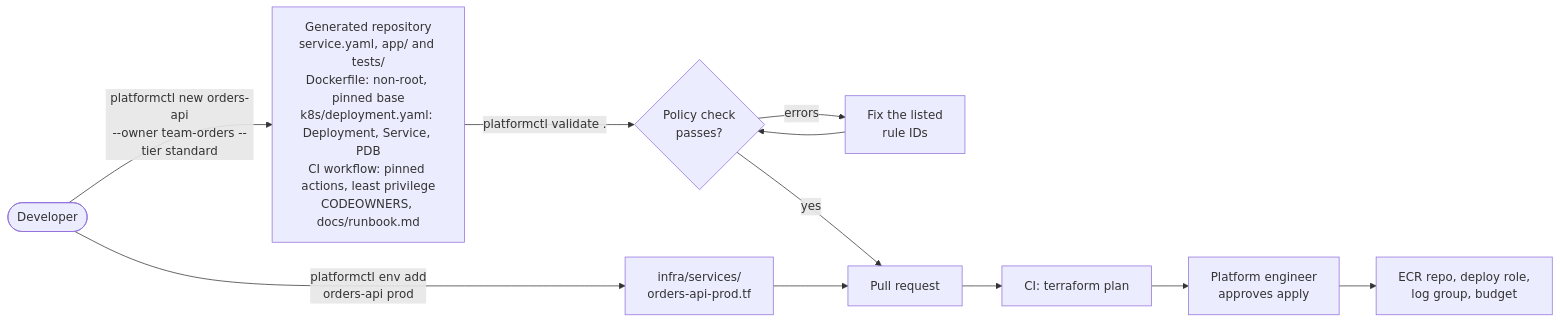
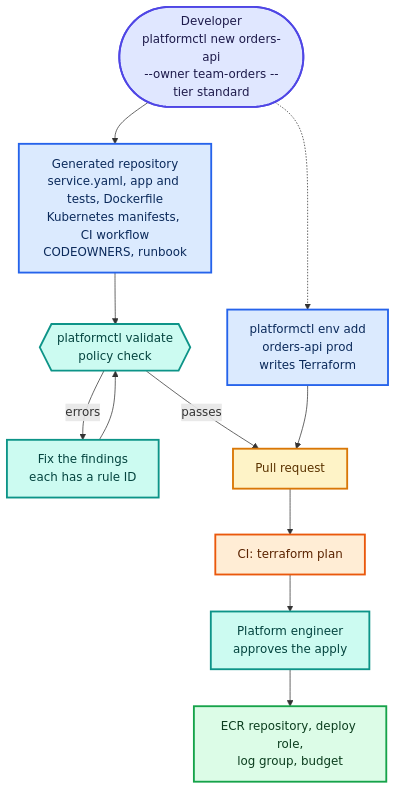
The first of 5 diagrams in projects/self-service-platform/docs/schematics/README.md (Joxejaime/Projects-2026), drawn with Mermaid before and after one commit. The commit also changed other lines of this file and 62 other files, not shown here.

First line of the commit message:
Colour the schematics and add LinkedIn cards and carousels

````diff
--- a/projects/self-service-platform/docs/schematics/README.md
+++ b/projects/self-service-platform/docs/schematics/README.md
@@ -10,13 +10,35 @@
 ```mermaid
 %% title: The golden path
+%% headline: One command to a compliant service
+%% takeaway: platformctl generates the repo, a policy check gates it, Terraform provisions the environment.
+%% legend: entry=Developer,app=Generated files,guard=Policy and review,data=Pull request,cloud=Terraform,ok=Provisioned
 %% caption: From a developer's request to a running, compliant service. Generating and validating a repository are implemented and tested here. The pull request, terraform plan, approval and apply half is the intended workflow, generated as files but not exercised end to end.
-flowchart LR
-    dev(["Developer"]) -->|"platformctl new orders-api<br/>--owner team-orders --tier standard"| gen["Generated repository<br/>service.yaml, app/ and tests/<br/>Dockerfile: non-root, pinned base<br/>k8s/deployment.yaml: Deployment, Service, PDB<br/>CI workflow: pinned actions, least privilege<br/>CODEOWNERS, docs/runbook.md"]
-    gen -->|"platformctl validate ."| pol{"Policy check<br/>passes?"}
-    pol -- "errors" --> fix["Fix the listed<br/>rule IDs"]
-    fix --> pol
-    pol -- yes --> pr["Pull request"]
-    dev -->|"platformctl env add<br/>orders-api prod"| tfenv["infra/services/<br/>orders-api-prod.tf"]
-    tfenv --> pr
-    pr --> plan["CI: terraform plan"] --> approve["Platform engineer<br/>approves apply"] --> live["ECR repo, deploy role,<br/>log group, budget"]
+flowchart TB
+    dev(["Developer<br/>platformctl new orders-api<br/>--owner team-orders --tier standard"])
+    gen["Generated repository<br/>service.yaml, app and tests, Dockerfile<br/>Kubernetes manifests, CI workflow<br/>CODEOWNERS, runbook"]
+    pol{{"platformctl validate<br/>policy check"}}
+    fix["Fix the findings<br/>each has a rule ID"]
+    tfenv["platformctl env add<br/>orders-api prod<br/>writes Terraform"]
+    pr["Pull request"]
+    plan["CI: terraform plan"]
+    approve["Platform engineer<br/>approves the apply"]
+    live["ECR repository, deploy role,<br/>log group, budget"]
+    dev --> gen --> pol
+    pol -- errors --> fix --> pol
+    pol -- passes --> pr
+    dev -.-> tfenv --> pr
+    pr --> plan --> approve --> live
+
+    classDef entry fill:#E0E7FF,stroke:#4F46E5,stroke-width:2.5px,color:#1E1B4B
+    classDef app fill:#DBEAFE,stroke:#2563EB,stroke-width:2.5px,color:#0B2A5B
+    classDef guard fill:#CCFBF1,stroke:#0D9488,stroke-width:2.5px,color:#04443F
+    classDef data fill:#FEF3C7,stroke:#D97706,stroke-width:2.5px,color:#5B3300
+    classDef ok fill:#DCFCE7,stroke:#16A34A,stroke-width:2.5px,color:#0B3D1E
+    classDef cloud fill:#FFEDD5,stroke:#EA580C,stroke-width:2.5px,color:#5A2300
+    class dev entry
+    class gen,tfenv app
+    class pol,fix,approve guard
+    class pr data
+    class plan cloud
+    class live ok
 ```
````
